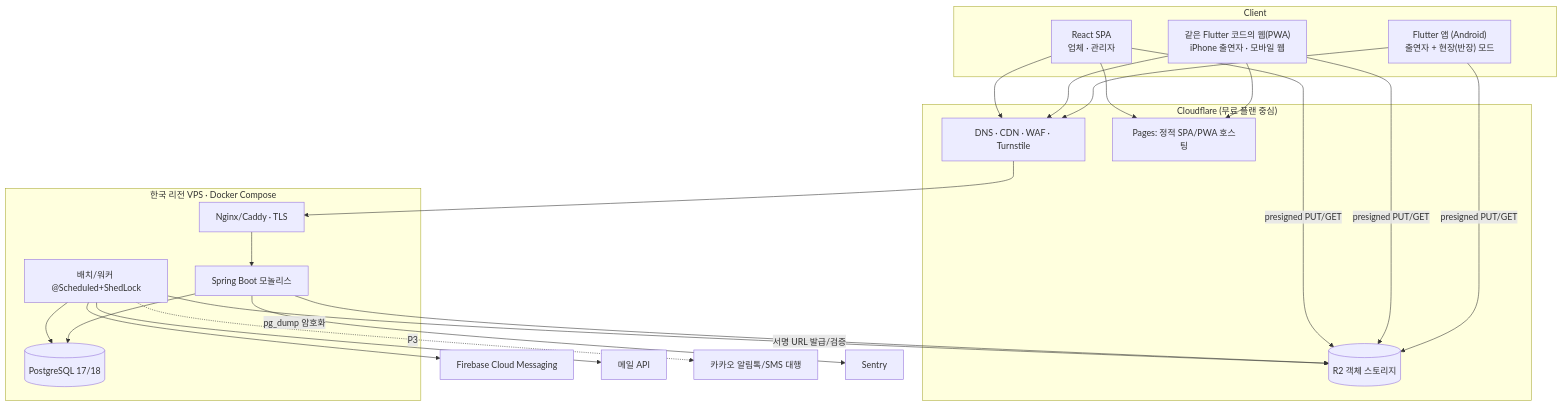
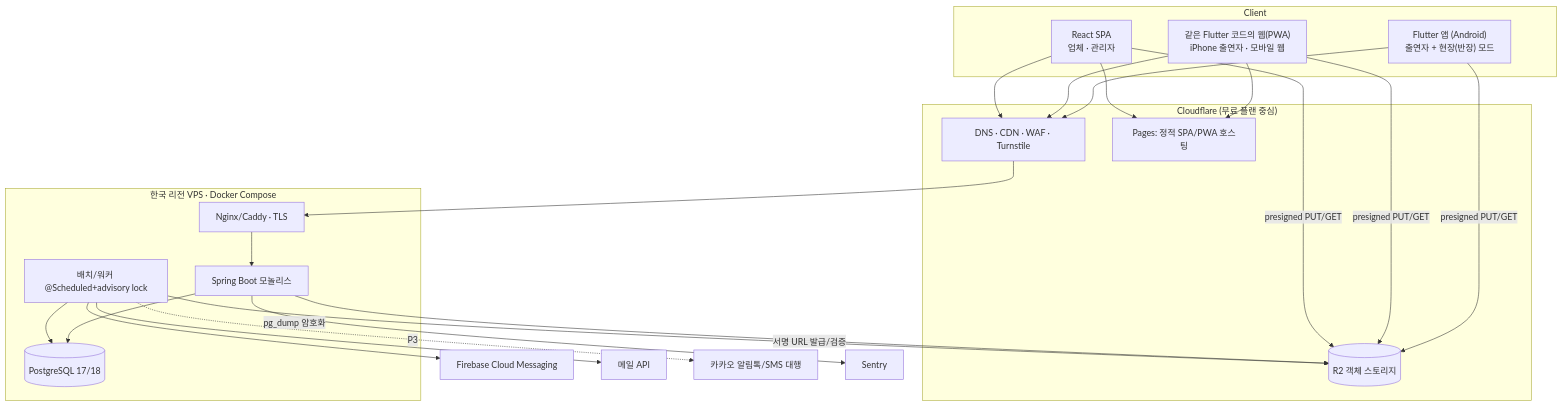
The first of 2 diagrams in docs/10_시스템아키텍처.md (7fsikMinQ/O), drawn with Mermaid before and after one commit. The commit also changed other lines of this file and 67 other files, not shown here.

````diff
--- a/docs/10_시스템아키텍처.md
+++ b/docs/10_시스템아키텍처.md
@@ -16,36 +16,36 @@
 ```mermaid
 flowchart TB
   subgraph Client
     APP["Flutter 앱 (Android)<br/>출연자 + 현장(반장) 모드"]
     PWA["같은 Flutter 코드의 웹(PWA)<br/>iPhone 출연자 · 모바일 웹"]
     WEB["React SPA<br/>업체 · 관리자"]
   end
   subgraph Edge["Cloudflare (무료 플랜 중심)"]
     CDN["DNS · CDN · WAF · Turnstile"]
     PAGES["Pages: 정적 SPA/PWA 호스팅"]
     R2[("R2 객체 스토리지")]
   end
   subgraph VPS["한국 리전 VPS · Docker Compose"]
     NGX["Nginx/Caddy · TLS"]
     API["Spring Boot 모놀리스"]
-    WK["배치/워커 @Scheduled+ShedLock"]
+    WK["배치/워커 @Scheduled+advisory lock"]
     PG[("PostgreSQL 17/18")]
   end
   APP --> CDN
   PWA --> PAGES
   WEB --> PAGES
   PWA --> CDN
   WEB --> CDN
   CDN --> NGX --> API
   API --> PG
   WK --> PG
   APP -- "presigned PUT/GET" --> R2
   PWA -- "presigned PUT/GET" --> R2
   WEB -- "presigned PUT/GET" --> R2
   API -- "서명 URL 발급/검증" --> R2
   WK --> FCM["Firebase Cloud Messaging"]
   WK --> MAIL["메일 API"]
   WK -.P3.-> KAKAO["카카오 알림톡/SMS 대행"]
   WK -- "pg_dump 암호화" --> R2
   API --> SENTRY["Sentry"]
 ```
````
